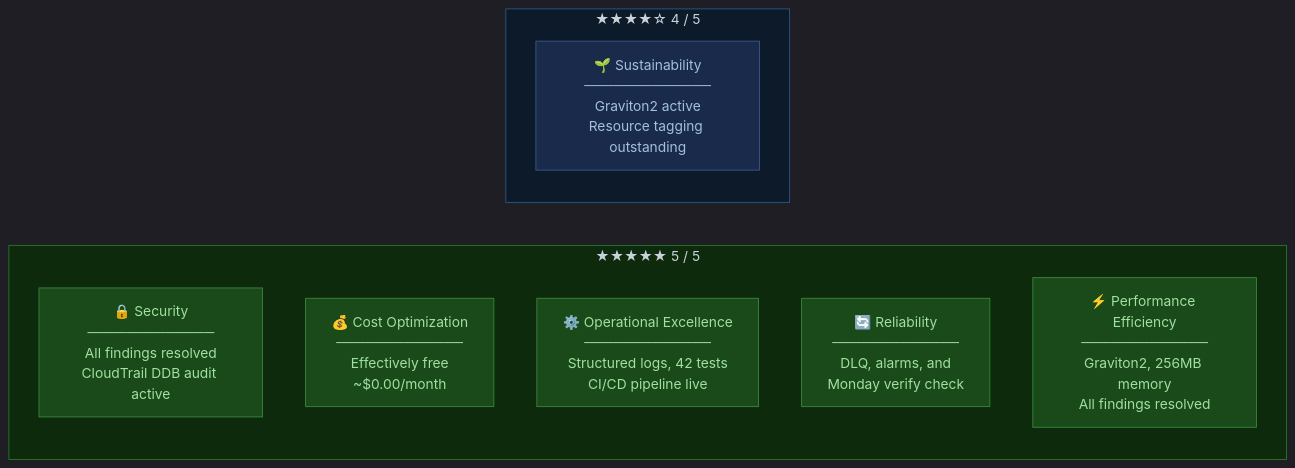
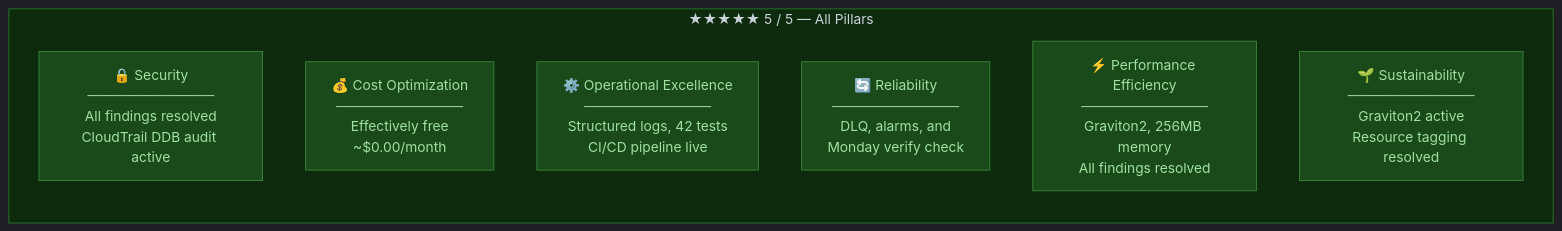
One commit to baldrickuk/washingmachine-notifications changed the first of 5 diagrams in docs/well-architected-review.md. Above: the diagram before and after it, drawn with Mermaid. The commit also changed other lines of this file, not shown here.

First line of the commit message:
docs: fix well-architected review inconsistencies

````diff
--- a/docs/well-architected-review.md
+++ b/docs/well-architected-review.md
@@ -13,25 +13,21 @@
 ```mermaid
 %%{init: {'theme': 'dark', 'themeVariables': {'primaryColor': '#1e3a5f', 'primaryTextColor': '#c9d1d9', 'primaryBorderColor': '#4a7ab5', 'lineColor': '#58a6ff', 'clusterBkg': '#0d1117', 'clusterBorder': '#30363d'}}}%%
 
 flowchart LR
-    subgraph t5 ["★★★★★  5 / 5"]
+    subgraph t5 ["★★★★★  5 / 5 — All Pillars"]
         SEC["🔒 Security\n─────────────\nAll findings resolved\nCloudTrail DDB audit active"]
         COST["💰 Cost Optimization\n─────────────\nEffectively free\n~$0.00/month"]
         OPS["⚙️ Operational Excellence\n─────────────\nStructured logs, 42 tests\nCI/CD pipeline live"]
         REL["🔄 Reliability\n─────────────\nDLQ, alarms, and\nMonday verify check"]
         PERF["⚡ Performance Efficiency\n─────────────\nGraviton2, 256MB memory\nAll findings resolved"]
-    end
-
-    subgraph t4b ["★★★★☆  4 / 5"]
-        SUS["🌱 Sustainability\n─────────────\nGraviton2 active\nResource tagging outstanding"]
+        SUS["🌱 Sustainability\n─────────────\nGraviton2 active\nResource tagging resolved"]
     end
 
     style t5  fill:#0d2a0d,stroke:#2a7a2a,color:#c9d1d9
-    style t4b fill:#0d1a2a,stroke:#2a5a8a,color:#c9d1d9
     style SEC  fill:#1a4a1a,stroke:#3a8a3a,color:#a0e0a0
     style COST fill:#1a4a1a,stroke:#3a8a3a,color:#a0e0a0
     style OPS  fill:#1a4a1a,stroke:#3a8a3a,color:#a0e0a0
     style REL  fill:#1a4a1a,stroke:#3a8a3a,color:#a0e0a0
     style PERF fill:#1a4a1a,stroke:#3a8a3a,color:#a0e0a0
-    style SUS  fill:#1a2a4a,stroke:#3a5a8a,color:#a0c0e0
+    style SUS  fill:#1a4a1a,stroke:#3a8a3a,color:#a0e0a0
 ```
````
